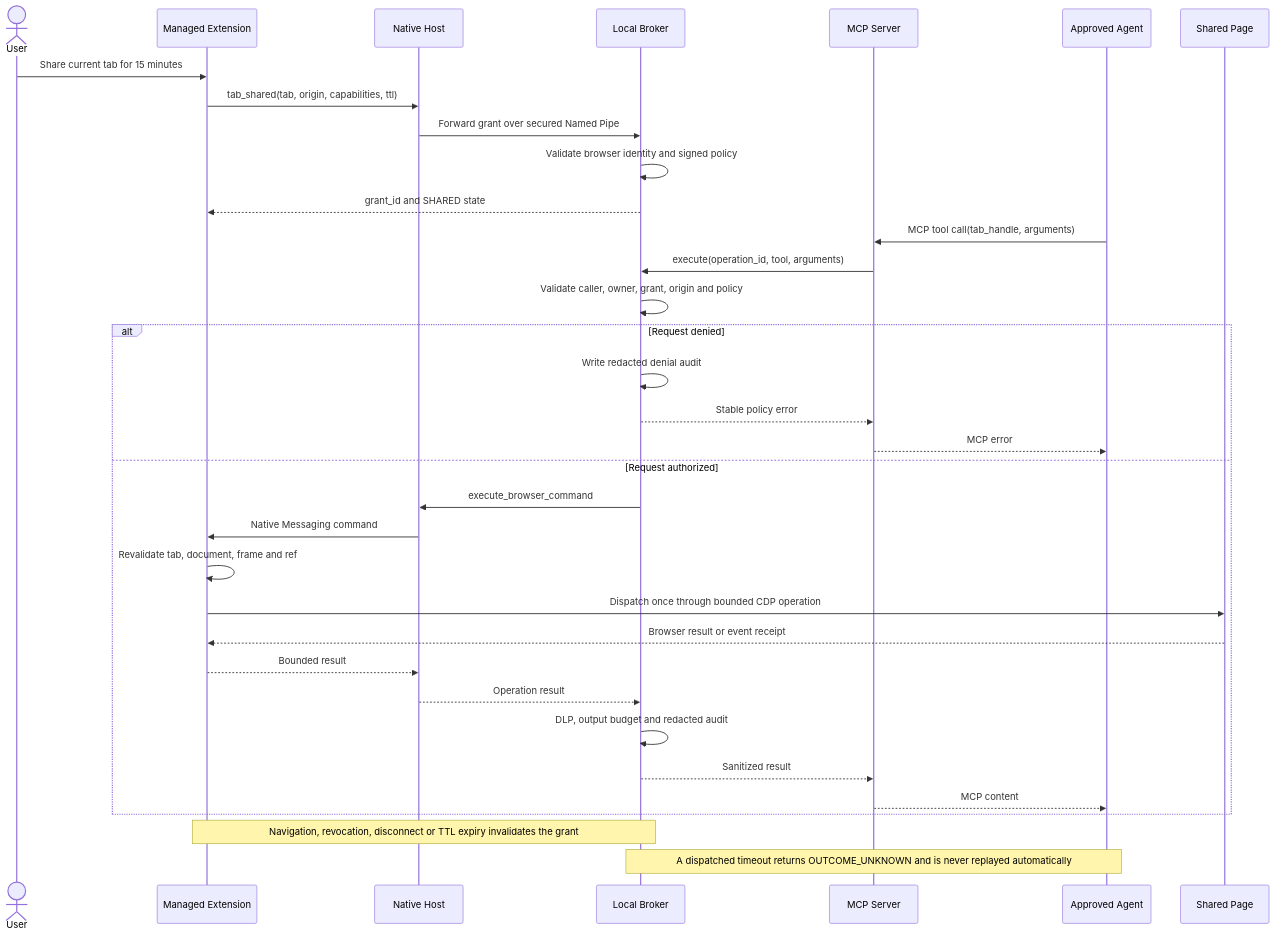
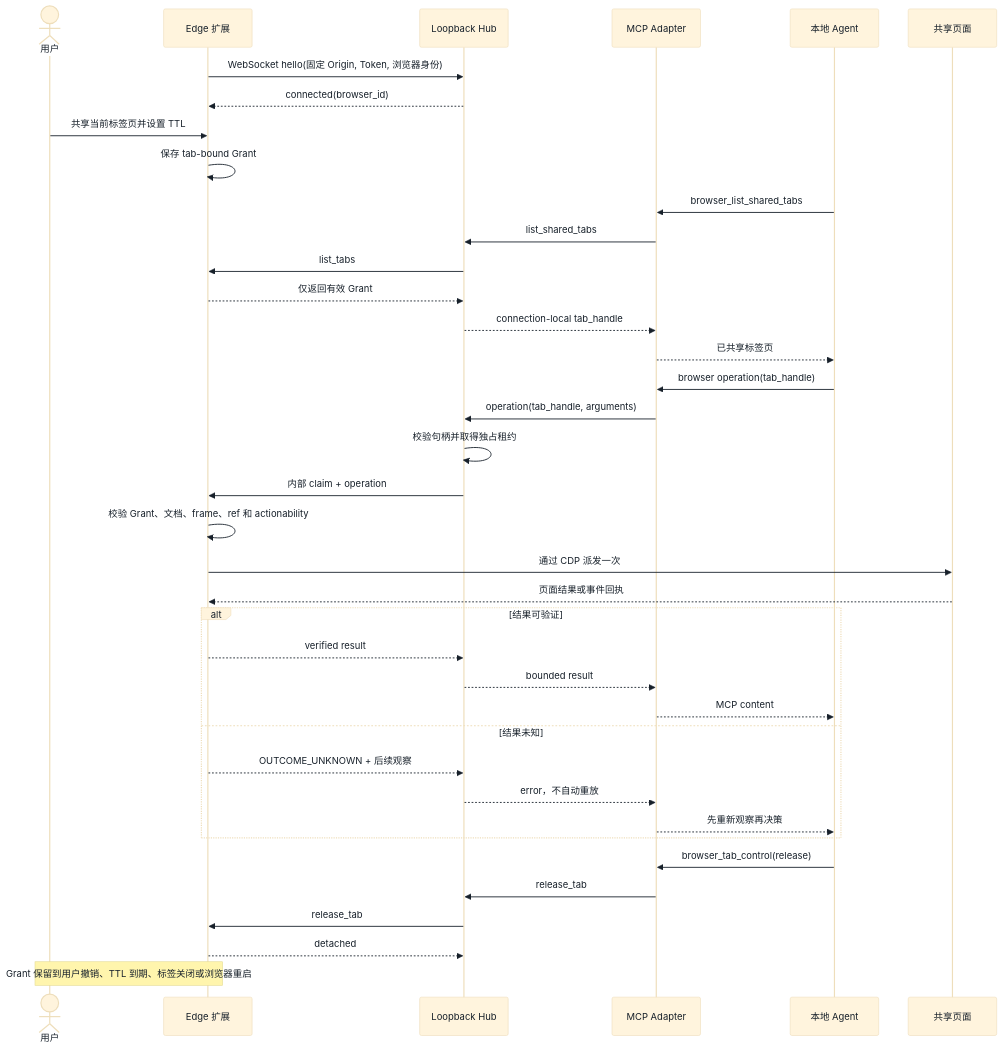
The diagram in diagrams/enterprise-browser-mcp-request-sequence.mmd (James12345611/edge_MCP4agent), drawn with Mermaid before and after one commit. The commit also changed 67 other files, not shown here.

Commit message:
Add interactive browser control over loopback hub

```diff
--- a/diagrams/enterprise-browser-mcp-request-sequence.mmd
+++ b/diagrams/enterprise-browser-mcp-request-sequence.mmd
@@ -1,38 +1,44 @@
+%%{init: {"theme": "base", "themeVariables": {"background": "#ffffff", "primaryTextColor": "#17202a", "lineColor": "#374151", "actorTextColor": "#17202a", "signalTextColor": "#17202a", "noteTextColor": "#17202a", "labelTextColor": "#17202a"}}}%%
 sequenceDiagram
-  actor U as User
-  participant E as Managed Extension
-  participant N as Native Host
-  participant B as Local Broker
-  participant M as MCP Server
-  participant A as Approved Agent
-  participant P as Shared Page
+  actor U as 用户
+  participant E as Edge 扩展
+  participant H as Loopback Hub
+  participant M as MCP Adapter
+  participant A as 本地 Agent
+  participant P as 共享页面
 
-  U->>E: Share current tab for 15 minutes
-  E->>N: tab_shared(tab, origin, capabilities, ttl)
-  N->>B: Forward grant over secured Named Pipe
-  B->>B: Validate browser identity and signed policy
-  B-->>E: grant_id and SHARED state
+  E->>H: WebSocket hello(固定 Origin, Token, 浏览器身份)
+  H-->>E: connected(browser_id)
+  U->>E: 共享当前标签页并设置 TTL
+  E->>E: 保存 tab-bound Grant
 
-  A->>M: MCP tool call(tab_handle, arguments)
-  M->>B: execute(operation_id, tool, arguments)
-  B->>B: Validate caller, owner, grant, origin and policy
+  A->>M: browser_list_shared_tabs
+  M->>H: list_shared_tabs
+  H->>E: list_tabs
+  E-->>H: 仅返回有效 Grant
+  H-->>M: connection-local tab_handle
+  M-->>A: 已共享标签页
 
-  alt Request denied
-    B->>B: Write redacted denial audit
-    B-->>M: Stable policy error
-    M-->>A: MCP error
-  else Request authorized
-    B->>N: execute_browser_command
-    N->>E: Native Messaging command
-    E->>E: Revalidate tab, document, frame and ref
-    E->>P: Dispatch once through bounded CDP operation
-    P-->>E: Browser result or event receipt
-    E-->>N: Bounded result
-    N-->>B: Operation result
-    B->>B: DLP, output budget and redacted audit
-    B-->>M: Sanitized result
+  A->>M: browser operation(tab_handle)
+  M->>H: operation(tab_handle, arguments)
+  H->>H: 校验句柄并取得独占租约
+  H->>E: 内部 claim + operation
+  E->>E: 校验 Grant、文档、frame、ref 和 actionability
+  E->>P: 通过 CDP 派发一次
+  P-->>E: 页面结果或事件回执
+
+  alt 结果可验证
+    E-->>H: verified result
+    H-->>M: bounded result
     M-->>A: MCP content
+  else 结果未知
+    E-->>H: OUTCOME_UNKNOWN + 后续观察
+    H-->>M: error，不自动重放
+    M-->>A: 先重新观察再决策
   end
 
-  Note over B,E: Navigation, revocation, disconnect or TTL expiry invalidates the grant
-  Note over B,A: A dispatched timeout returns OUTCOME_UNKNOWN and is never replayed automatically
+  A->>M: browser_tab_control(release)
+  M->>H: release_tab
+  H->>E: release_tab
+  E-->>H: detached
+  Note over U,E: Grant 保留到用户撤销、TTL 到期、标签关闭或浏览器重启
```
